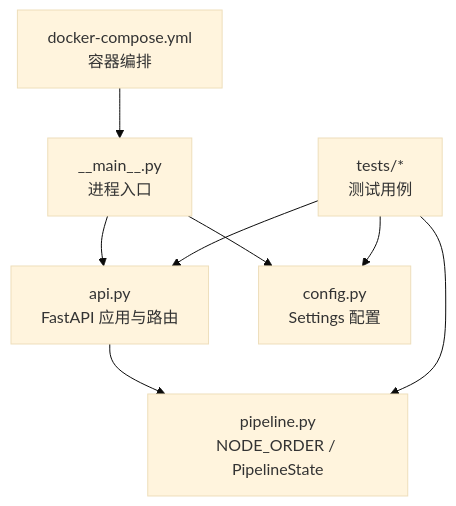
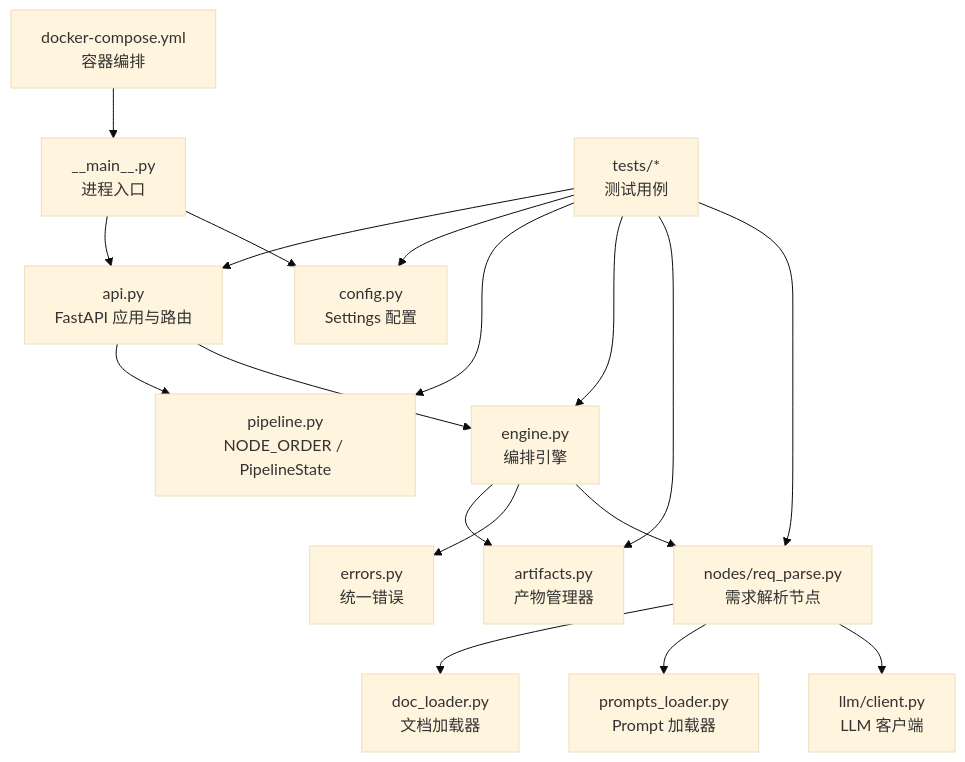
The first of 5 diagrams in .qoder/repowiki/zh/content/核心服务/编排器服务.md (Joeyzheng001/LLM-AutoTest), drawn with Mermaid (base theme) before and after one commit. The commit also changed other lines of this file and 41 other files, not shown here.

````diff
--- a/.qoder/repowiki/zh/content/核心服务/编排器服务.md
+++ b/.qoder/repowiki/zh/content/核心服务/编排器服务.md
@@ -49,10 +77,20 @@
 ```mermaid
 graph TB
 A["__main__.py<br/>进程入口"] --> B["api.py<br/>FastAPI 应用与路由"]
 A --> C["config.py<br/>Settings 配置"]
 B --> D["pipeline.py<br/>NODE_ORDER / PipelineState"]
-E["tests/*<br/>测试用例"] --> B
-E --> C
-E --> D
-F["docker-compose.yml<br/>容器编排"] --> A
+B --> E["engine.py<br/>编排引擎"]
+E --> F["artifacts.py<br/>产物管理器"]
+E --> G["errors.py<br/>统一错误"]
+E --> H["nodes/req_parse.py<br/>需求解析节点"]
+H --> I["doc_loader.py<br/>文档加载器"]
+H --> J["prompts_loader.py<br/>Prompt 加载器"]
+H --> K["llm/client.py<br/>LLM 客户端"]
+L["tests/*<br/>测试用例"] --> B
+L --> C
+L --> D
+L --> E
+L --> F
+L --> H
+M["docker-compose.yml<br/>容器编排"] --> A
 ```
````
